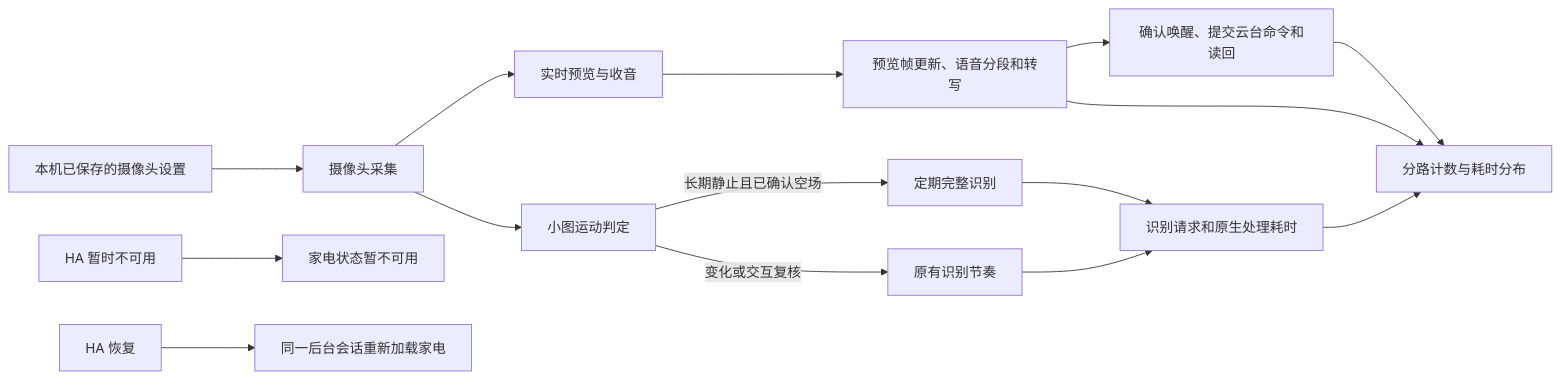
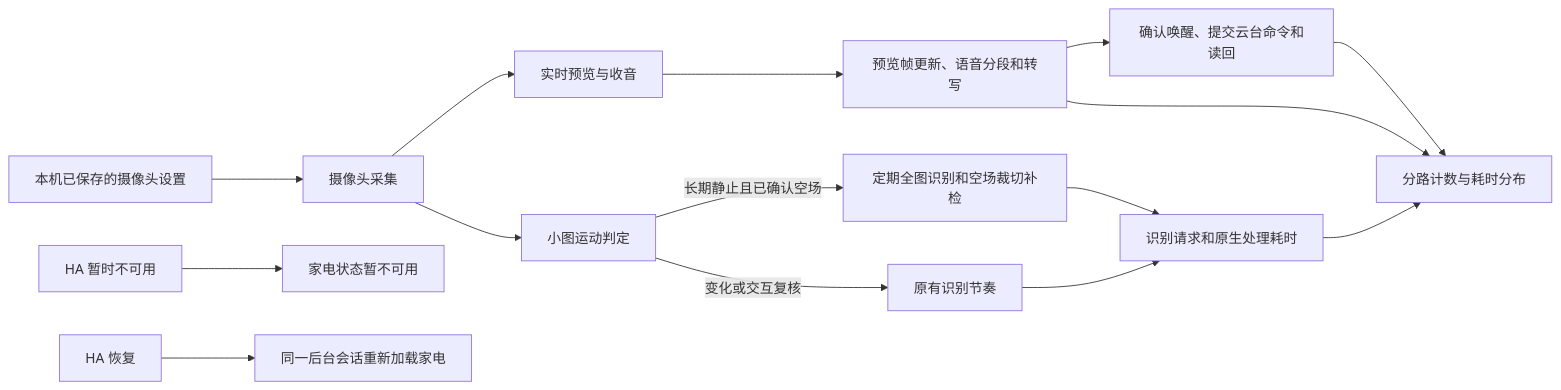
The second of 47 diagrams in docs/architecture.md (Geeprox/Friday), drawn with Mermaid before and after one commit. The commit also changed other lines of this file and 23 other files, not shown here.

````diff
--- a/docs/architecture.md
+++ b/docs/architecture.md
@@ -58,17 +60,17 @@
 ```mermaid
 flowchart LR
   F[摄像头采集] --> P[实时预览与收音]
   F --> M[小图运动判定]
-  M -->|长期静止且已确认空场| S[定期完整识别]
+  M -->|长期静止且已确认空场| S[定期全图识别和空场裁切补检]
   M -->|变化或交互复核| N[原有识别节奏]
   S --> T[识别请求和原生处理耗时]
   N --> T
   P --> Q[预览帧更新、语音分段和转写]
   Q --> W[确认唤醒、提交云台命令和读回]
   Q --> B[分路计数与耗时分布]
   T --> B[分路计数与耗时分布]
   W --> B
   D[本机已保存的摄像头设置] --> F
   H[HA 暂时不可用] --> L[家电状态暂不可用]
   R[HA 恢复] --> O[同一后台会话重新加载家电]
 ```
````
